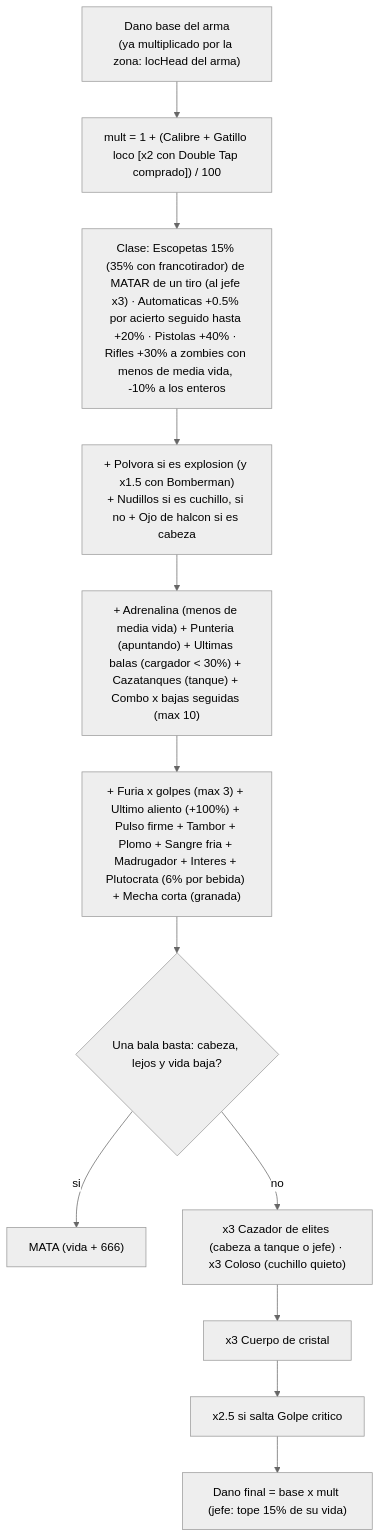
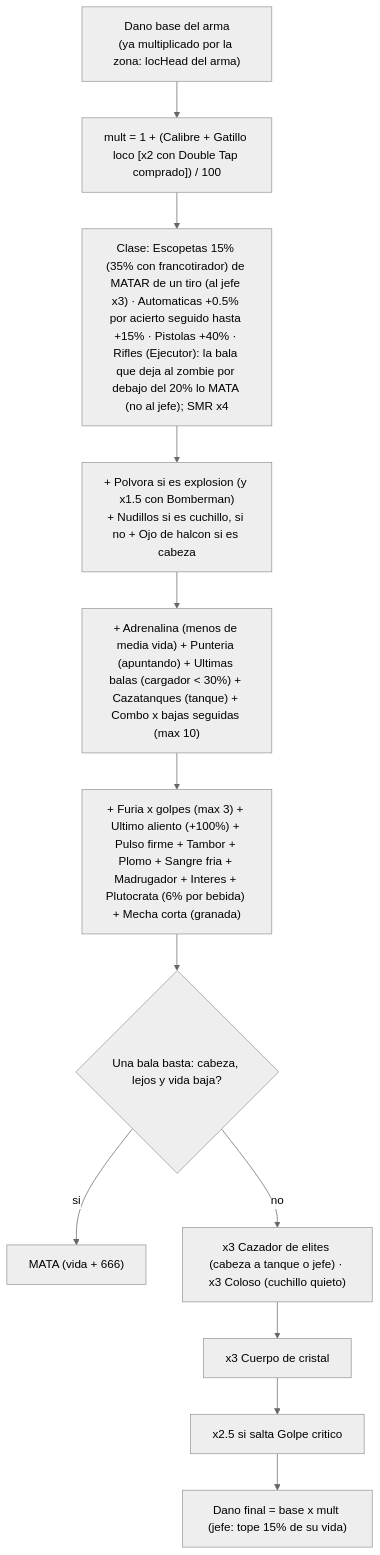
The third of 15 diagrams in ARQUETIPOS.md (emailyasi1/bo2jodas), drawn with Mermaid (neutral theme) before and after one commit. The commit also changed other lines of this file and 3 other files, not shown here.

````diff
--- a/ARQUETIPOS.md
+++ b/ARQUETIPOS.md
@@ -51,12 +51,12 @@
 ```mermaid
 flowchart TD
     A["Dano base del arma<br/>(ya multiplicado por la zona: locHead del arma)"] --> B["mult = 1 + (Calibre + Gatillo loco [x2 con Double Tap comprado]) / 100"]
-    B --> C["Clase: Escopetas 15% (35% con francotirador) de MATAR de un tiro (al jefe x3) · Automaticas +0.5% por acierto seguido hasta +20% · Pistolas +40% · Rifles +30% a zombies con menos de media vida, -10% a los enteros"]
+    B --> C["Clase: Escopetas 15% (35% con francotirador) de MATAR de un tiro (al jefe x3) · Automaticas +0.5% por acierto seguido hasta +15% · Pistolas +40% · Rifles (Ejecutor): la bala que deja al zombie por debajo del 20% lo MATA (no al jefe); SMR x4"]
     C --> D["+ Polvora si es explosion (y x1.5 con Bomberman)<br/>+ Nudillos si es cuchillo, si no + Ojo de halcon si es cabeza"]
     D --> E["+ Adrenalina (menos de media vida) + Punteria (apuntando) + Ultimas balas (cargador < 30%) + Cazatanques (tanque) + Combo x bajas seguidas (max 10)"]
     E --> F["+ Furia x golpes (max 3) + Ultimo aliento (+100%) + Pulso firme + Tambor + Plomo + Sangre fria + Madrugador + Interes + Plutocrata (6% por bebida) + Mecha corta (granada)"]
     F --> G{"Una bala basta: cabeza, lejos y vida baja?"}
     G -->|si| H["MATA (vida + 666)"]
     G -->|no| I["x3 Cazador de elites (cabeza a tanque o jefe) · x3 Coloso (cuchillo quieto)"]
     I --> J["x3 Cuerpo de cristal"] --> K["x2.5 si salta Golpe critico"] --> L["Dano final = base x mult (jefe: tope 15% de su vida)"]
 ```
````
